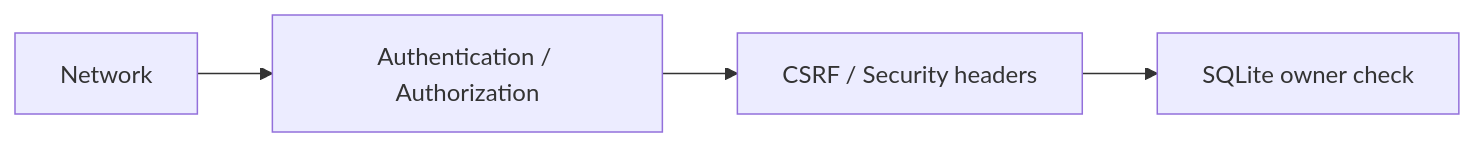
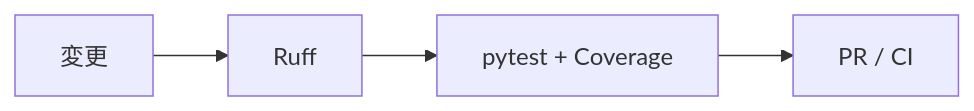
Before and after one commit to k-systems202208/python-sqlite-tailscale-webapp-template: the fourth of 5 diagrams in docs/CUSTOMIZING.md, drawn with Mermaid. The commit also changed other lines of this file and 42 other files, not shown here.

````diff
--- a/docs/CUSTOMIZING.md
+++ b/docs/CUSTOMIZING.md
@@ -217,6 +213,6 @@
 ```mermaid
 flowchart LR
-    N["Network"] --> A["Authentication / Authorization"]
-    A --> C["CSRF / Security headers"]
-    C --> D["SQLite owner check"]
+    A["変更"] --> L["Ruff"]
+    L --> T["pytest + Coverage"]
+    T --> P["PR / CI"]
 ```
````
